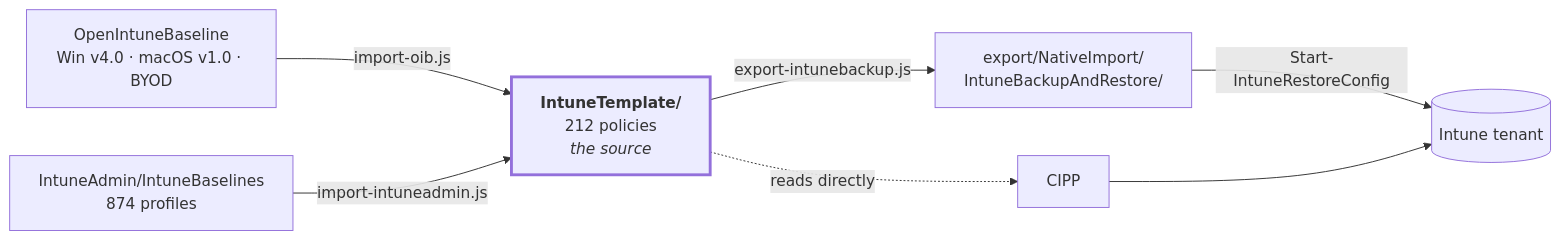
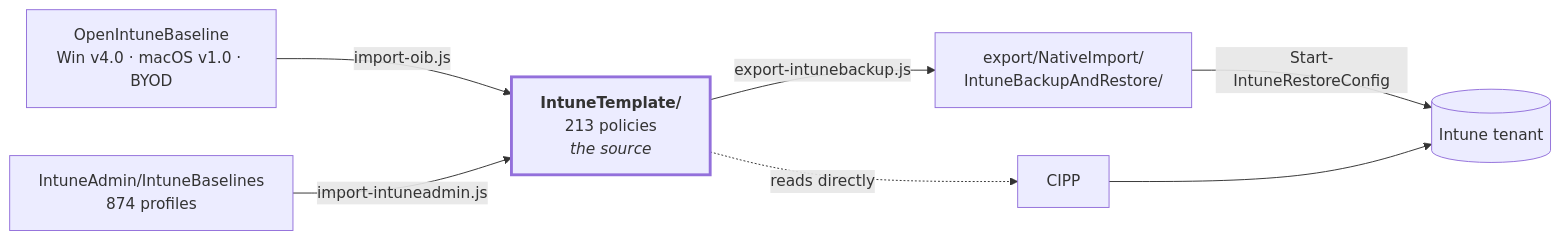
One commit to sjkanon/IntuneBackup changed the diagram in README.en.md. Above: the diagram before and after it, drawn with Mermaid. The commit also changed other lines of this file and 30 other files, not shown here.

````diff
--- a/README.en.md
+++ b/README.en.md
@@ -20,17 +20,17 @@
 ```mermaid
 flowchart LR
   OIB["OpenIntuneBaseline<br/>Win v4.0 · macOS v1.0 · BYOD"]
-  T["<b>IntuneTemplate/</b><br/>212 policies<br/><i>the source</i>"]
+  T["<b>IntuneTemplate/</b><br/>213 policies<br/><i>the source</i>"]
   EX["export/NativeImport/<br/>IntuneBackupAndRestore/"]
   TENANT[("Intune tenant")]
 
   OIB -->|import-oib.js| T
   T -->|export-intunebackup.js| EX
   T -.->|reads directly| CIPP[CIPP]
   EX -->|Start-IntuneRestoreConfig| TENANT
   CIPP --> TENANT
 
   IA["IntuneAdmin/IntuneBaselines<br/>874 profiles"] -->|import-intuneadmin.js| T
 
   style T stroke-width:3px
 ```
````
